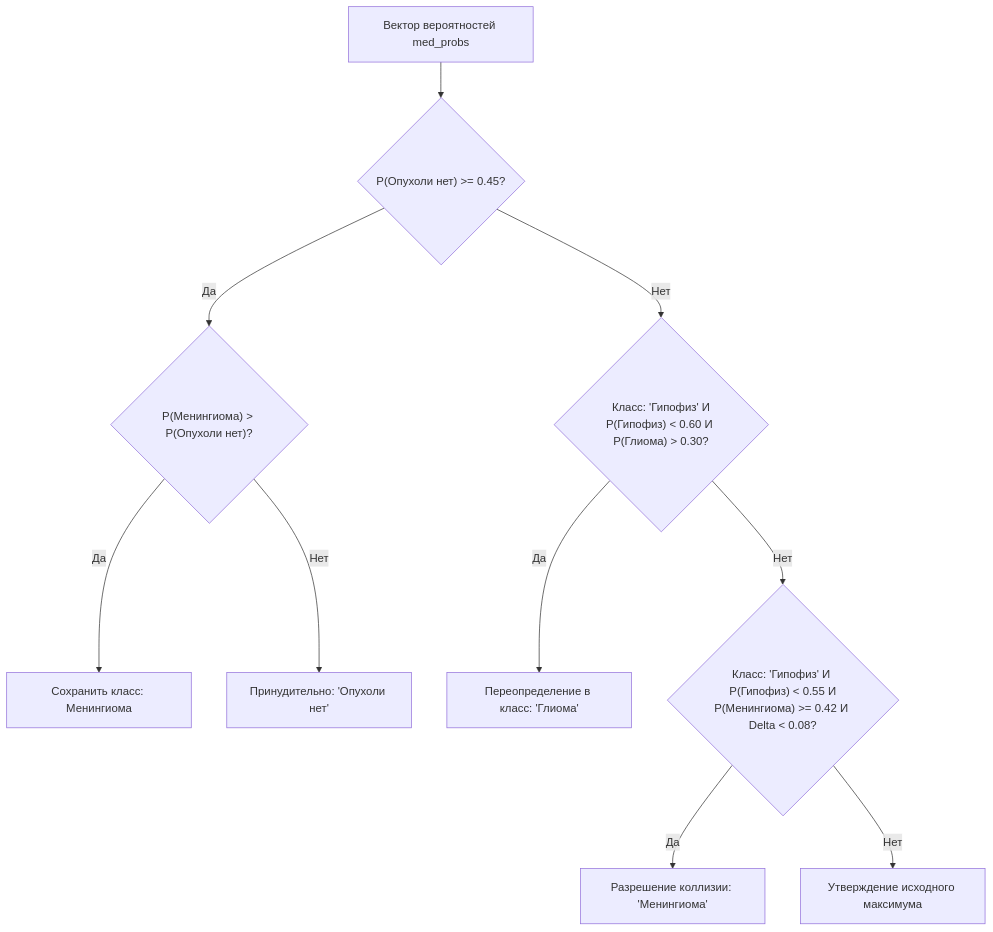
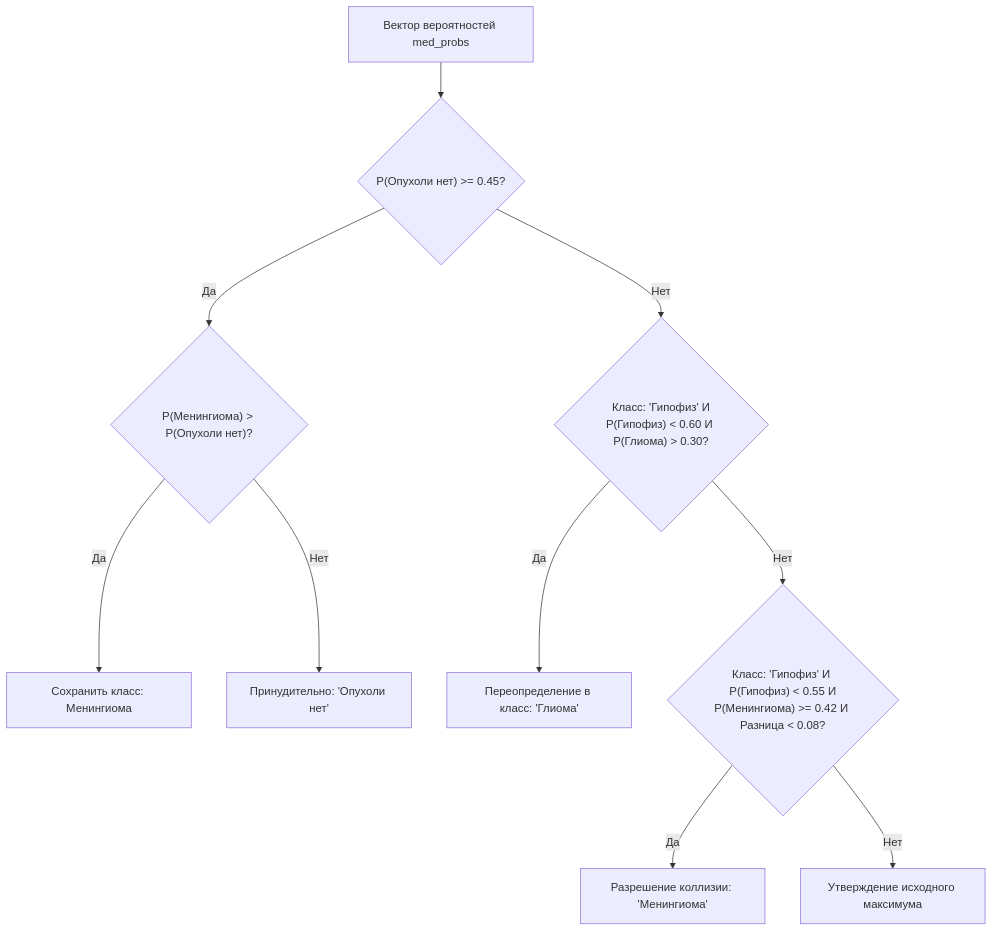
One commit to marklemesev-spec/mri-brain-tumors changed diagram 11 of 15 in README.md. Above: the diagram before and after it, drawn with Mermaid. The commit also changed other lines of this file, not shown here.

````diff
--- a/README.md
+++ b/README.md
@@ -488,13 +487,13 @@
 ```mermaid
 flowchart TD
     A["Вектор вероятностей med_probs"] --> B{"P(Опухоли нет) >= 0.45?"}
     B -->|Да| C{"P(Менингиома) > P(Опухоли нет)?"}
     C -->|Да| D["Сохранить класс: Менингиома"]
     C -->|Нет| E["Принудительно: 'Опухоли нет'"]
     
     B -->|Нет| F{"Класс: 'Гипофиз' И<br/>P(Гипофиз) < 0.60 И P(Глиома) > 0.30?"}
     F -->|Да| G["Переопределение в класс: 'Глиома'"]
-    F -->|Нет| H{"Класс: 'Гипофиз' И P(Гипофиз) < 0.55 И<br/>P(Менингиома) >= 0.42 И Delta < 0.08?"}
+    F -->|Нет| H{"Класс: 'Гипофиз' И P(Гипофиз) < 0.55 И<br/>P(Менингиома) >= 0.42 И Разница < 0.08?"}
     H -->|Да| I["Разрешение коллизии: 'Менингиома'"]
     H -->|Нет| J["Утверждение исходного максимума"]
 ```
````
